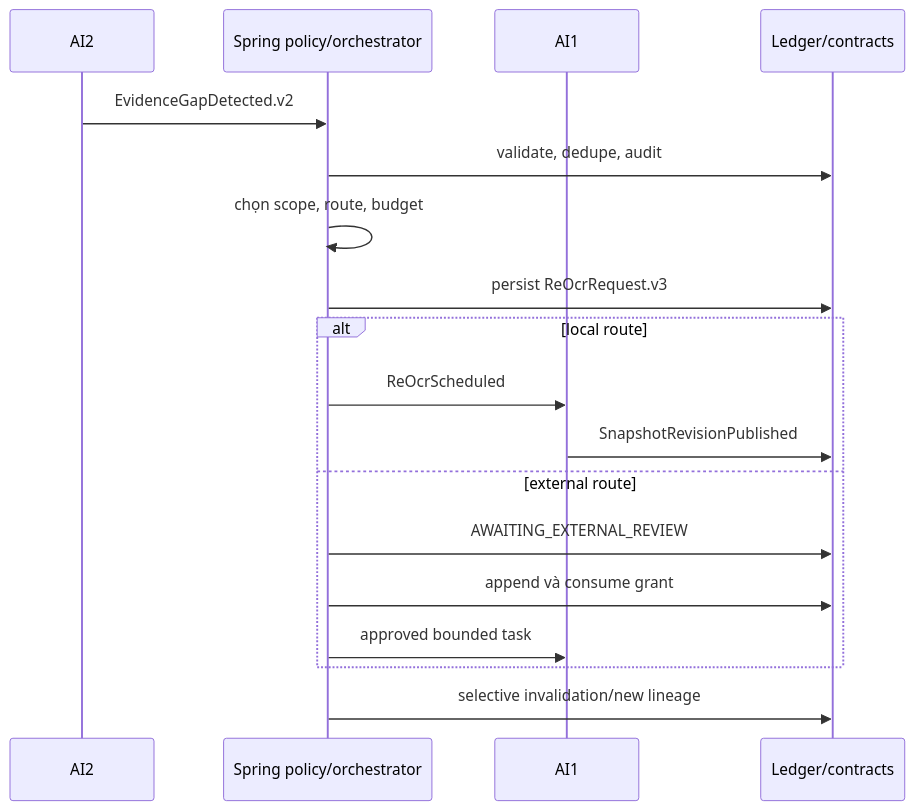
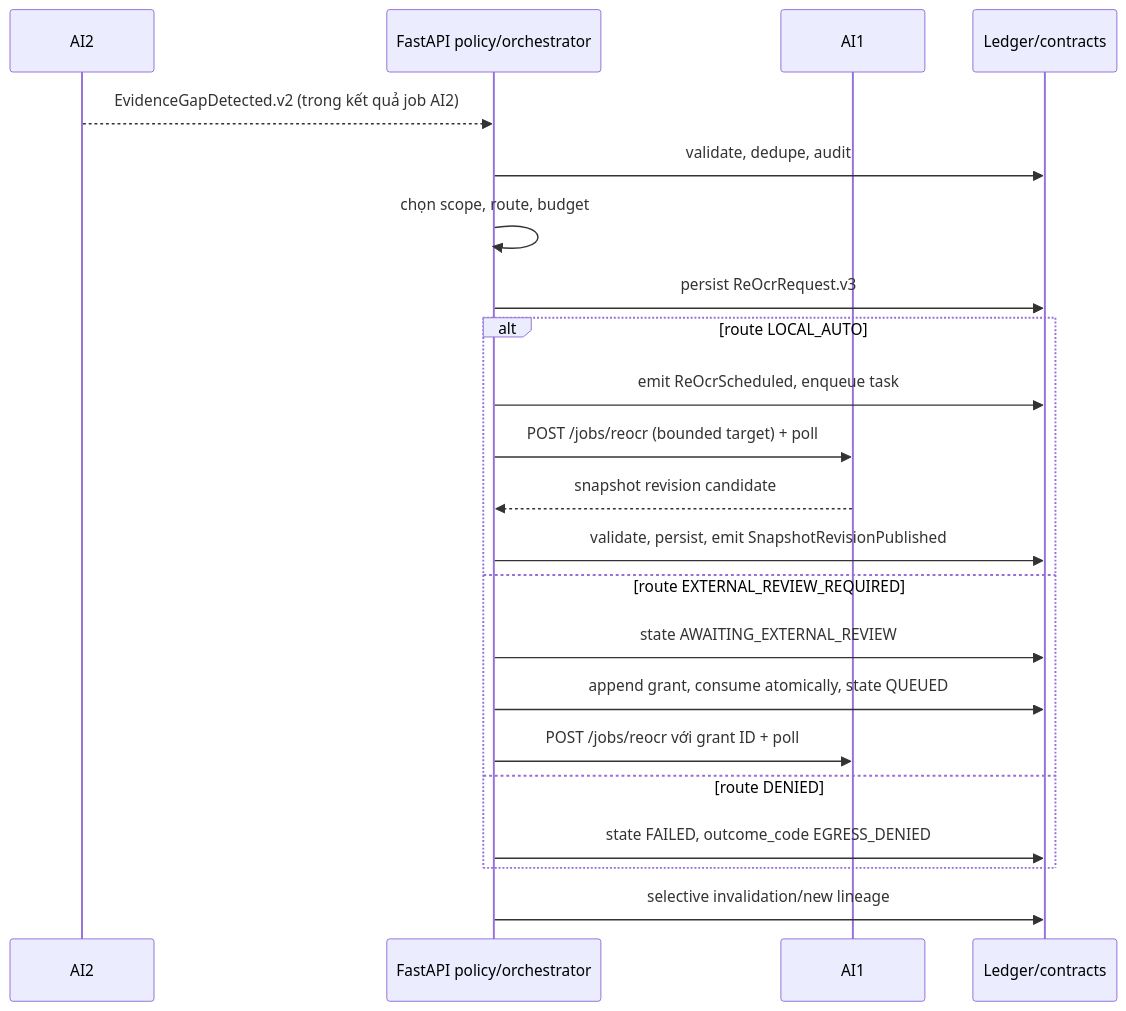
Diagram 16 of 31 in docs/DOC-04-architecture.md (AI20K-VGR/contract-intelligence-core), drawn with Mermaid before and after one commit. The commit also changed other lines of this file and 16 other files, not shown here.

First line of the commit message:
docs(repo): align stack to FastAPI backend-push, fix cross-document contract gaps

````diff
--- a/docs/DOC-04-architecture.md
+++ b/docs/DOC-04-architecture.md
@@ -340,20 +394,24 @@
 ```mermaid
 sequenceDiagram
   participant AI2 as AI2
-  participant SP as Spring policy/orchestrator
+  participant SP as FastAPI policy/orchestrator
   participant AI1 as AI1
   participant DB as Ledger/contracts
-  AI2->>SP: EvidenceGapDetected.v2
+  AI2-->>SP: EvidenceGapDetected.v2 (trong kết quả job AI2)
   SP->>DB: validate, dedupe, audit
   SP->>SP: chọn scope, route, budget
   SP->>DB: persist ReOcrRequest.v3
-  alt local route
-    SP->>AI1: ReOcrScheduled
-    AI1->>DB: SnapshotRevisionPublished
-  else external route
-    SP->>DB: AWAITING_EXTERNAL_REVIEW
-    SP->>DB: append và consume grant
-    SP->>AI1: approved bounded task
+  alt route LOCAL_AUTO
+    SP->>DB: emit ReOcrScheduled, enqueue task
+    SP->>AI1: POST /jobs/reocr (bounded target) + poll
+    AI1-->>SP: snapshot revision candidate
+    SP->>DB: validate, persist, emit SnapshotRevisionPublished
+  else route EXTERNAL_REVIEW_REQUIRED
+    SP->>DB: state AWAITING_EXTERNAL_REVIEW
+    SP->>DB: append grant, consume atomically, state QUEUED
+    SP->>AI1: POST /jobs/reocr với grant ID + poll
+  else route DENIED
+    SP->>DB: state FAILED, outcome_code EGRESS_DENIED
   end
   SP->>DB: selective invalidation/new lineage
 ```
````
